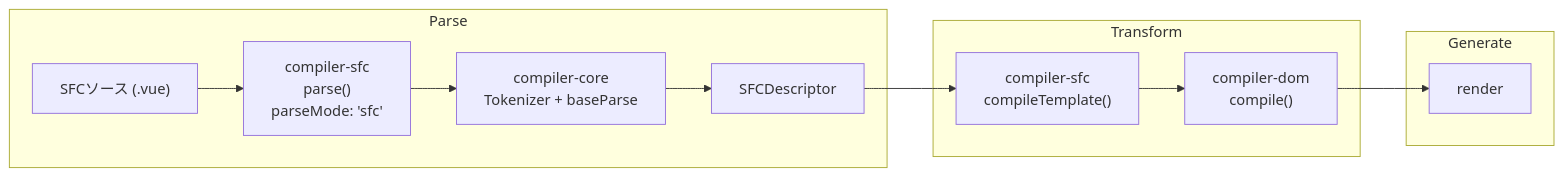
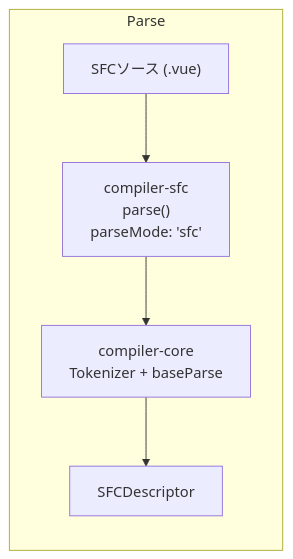
One commit to yamanoku/yamanoku.github.io changed the first of 2 diagrams in records/presentations/vuefes-japan-2026/11ty/pages/ja.md. Above: the diagram before and after it, drawn with Mermaid. The commit also changed other lines of this file and 3 other files, not shown here.

````diff
--- a/records/presentations/vuefes-japan-2026/11ty/pages/ja.md
+++ b/records/presentations/vuefes-japan-2026/11ty/pages/ja.md
@@ -152,17 +137,8 @@
 ```mermaid
 flowchart LR
   subgraph Parse
     A["SFCソース (.vue)"] --> B["compiler-sfc<br/>parse()<br/>parseMode: 'sfc'"]
     B --> C["compiler-core<br/>Tokenizer + baseParse"]
     C --> D["SFCDescriptor"]
   end
-  subgraph Transform
-    E["compiler-sfc<br/>compileTemplate()"]
-    E --> F["compiler-dom<br/>compile()"]
-  end
-  subgraph Generate
-    G["render"]
-  end
-  D --> E
-  F --> G
 ```
````
